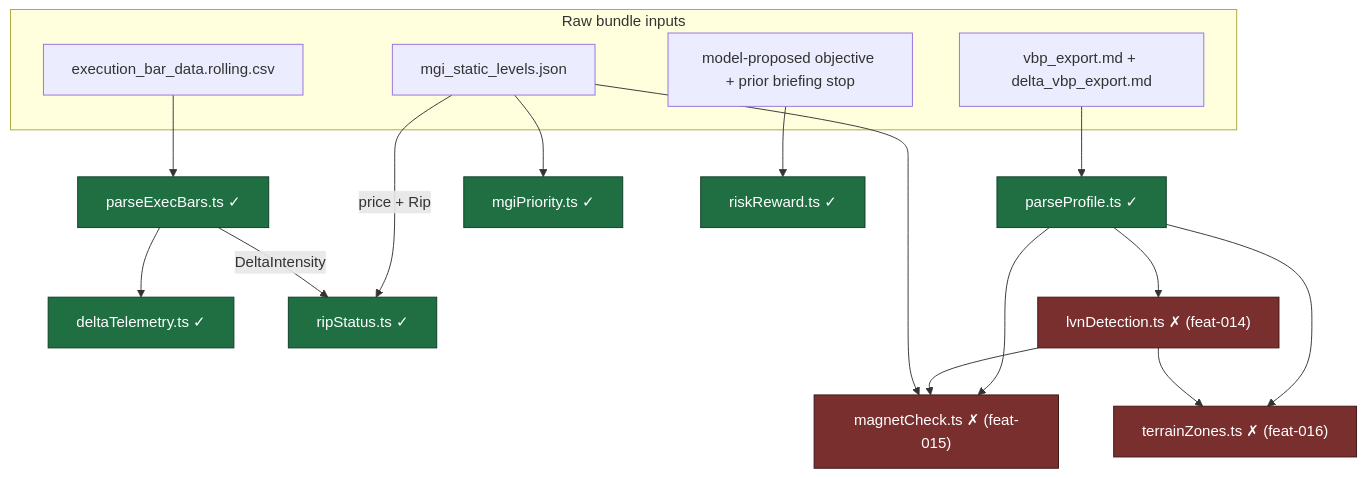
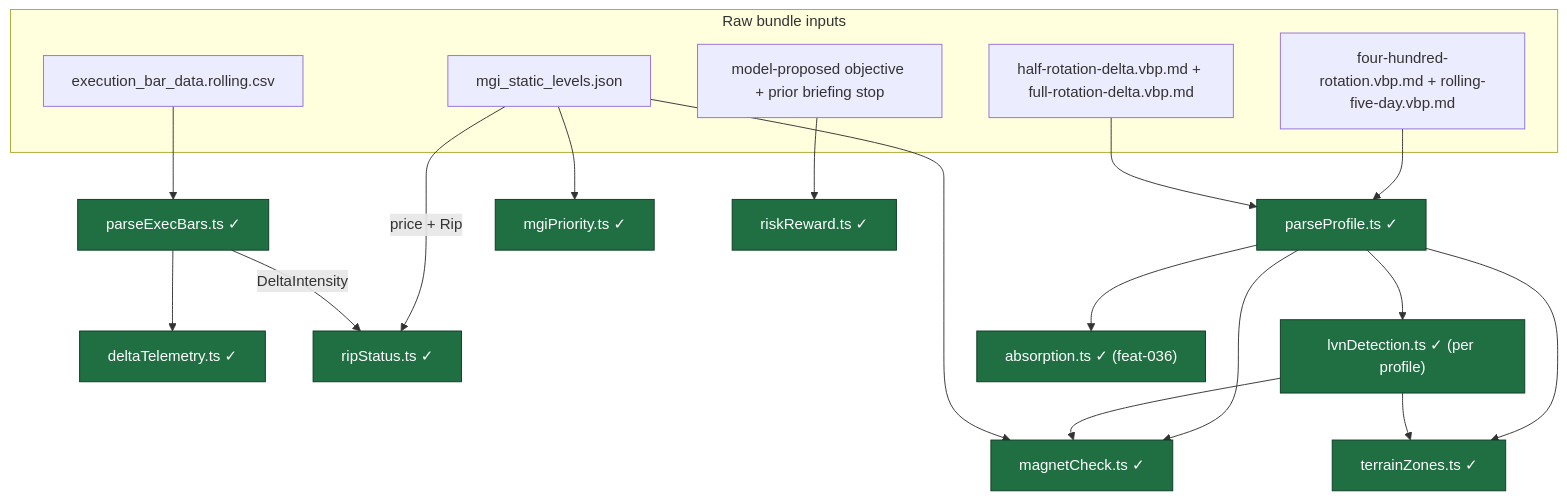
The first of 3 diagrams in docs/diagrams/engine.md (Leverage-Workshop/gekko), drawn with Mermaid before and after one commit. The commit also changed other lines of this file and 42 other files, not shown here.

````diff
--- a/docs/diagrams/engine.md
+++ b/docs/diagrams/engine.md
@@ -12,38 +12,41 @@
 ```mermaid
 graph TD
   subgraph inputs["Raw bundle inputs"]
-    VBP["vbp_export.md + delta_vbp_export.md"]
+    VBP["four-hundred-rotation.vbp.md + rolling-five-day.vbp.md"]
+    DELTA["half-rotation-delta.vbp.md + full-rotation-delta.vbp.md"]
     CSV["execution_bar_data.rolling.csv"]
     MGIJSON["mgi_static_levels.json"]
     OBJ["model-proposed objective + prior briefing stop"]
   end
 
   PP["parseProfile.ts ✓"]
   PE["parseExecBars.ts ✓"]
   DT["deltaTelemetry.ts ✓"]
   MP["mgiPriority.ts ✓"]
   RS["ripStatus.ts ✓"]
   RR["riskReward.ts ✓"]
-  LVN["lvnDetection.ts ✗ (feat-014)"]
-  MC["magnetCheck.ts ✗ (feat-015)"]
-  TZ["terrainZones.ts ✗ (feat-016)"]
+  LVN["lvnDetection.ts ✓ (per profile)"]
+  MC["magnetCheck.ts ✓"]
+  TZ["terrainZones.ts ✓"]
+  ABS["absorption.ts ✓ (feat-036)"]
 
   VBP --> PP
+  DELTA --> PP
   CSV --> PE
   PE --> DT
   MGIJSON --> MP
   PP --> LVN
   PP --> MC
   PP --> TZ
+  PP --> ABS
   LVN --> MC
   LVN --> TZ
   MGIJSON --> MC
   MGIJSON -->|"price + Rip"| RS
   PE -->|"DeltaIntensity"| RS
   OBJ --> RR
 
   classDef done fill:#1f6f43,stroke:#0d3b24,color:#fff;
   classDef todo fill:#7a2f2f,stroke:#3b1414,color:#fff;
-  class PP,PE,DT,MP,RS,RR done;
-  class LVN,MC,TZ todo;
+  class PP,PE,DT,MP,RS,RR,LVN,MC,TZ,ABS done;
 ```
````
